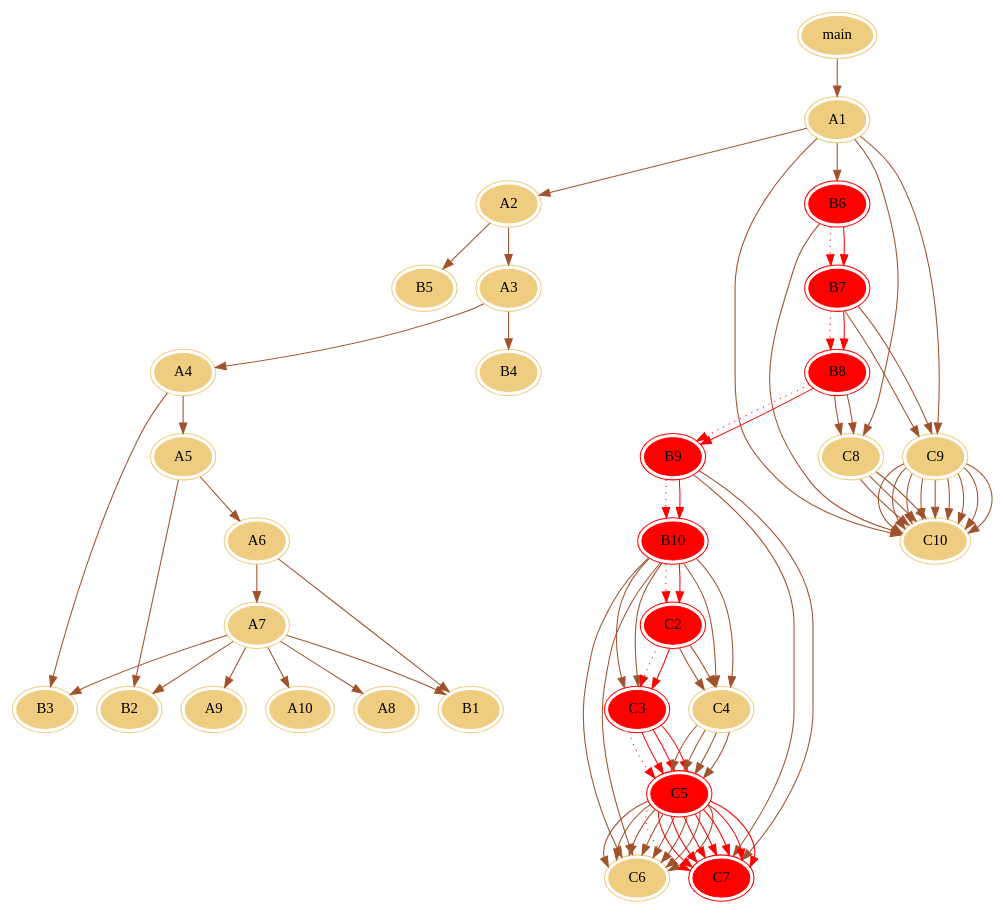
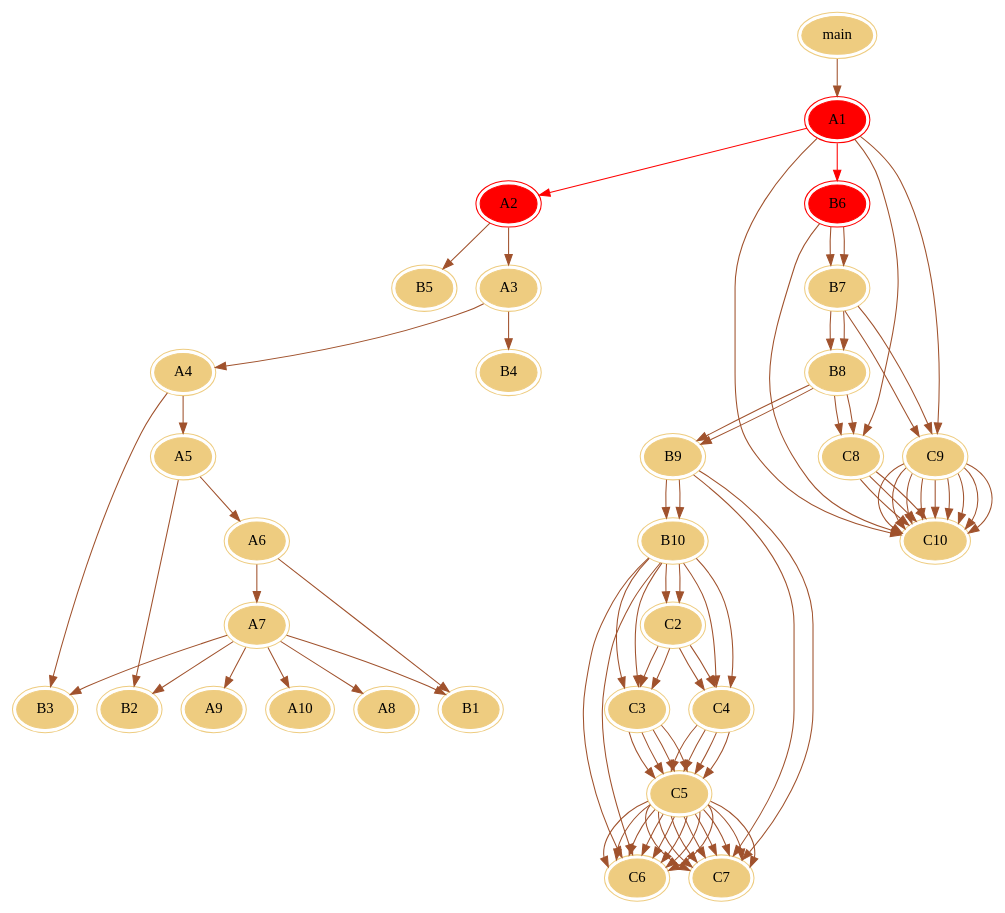
The diagram in out/dot/match.dot (carsonshan/AspectJIdea), drawn with Graphviz before and after one commit. The commit also changed 1 other file, not shown here.

```diff
--- a/out/dot/match.dot
+++ b/out/dot/match.dot
@@ -1,139 +1,95 @@
 digraph G {
     /*初始化节点和边的颜色*/
     node [peripheries=2 style=filled color="#eecc80"]
     edge [color="sienna" fontcolor="green"]
 main -> A1;
-A1 -> A2;
+A1 -> A2[color=red];
 A2 -> A3;
 A3 -> A4;
 A4 -> A5;
 A5 -> A6;
 A6 -> A7;
 A7 -> A8;
 A7 -> A9;
 A7 -> A10;
 A7 -> B1;
 A7 -> B2;
 A7 -> B3;
 A6 -> B1;
 A5 -> B2;
 A4 -> B3;
 A3 -> B4;
 A2 -> B5;
-A1 -> B6;
-B6 -> B7[color=red, style = dotted];
-B7 -> B8[color=red, style = dotted];
-B8 -> B9[color=red, style = dotted];
-B9 -> B10[color=red, style = dotted];
-B10 -> C2[color=red, style = dotted];
-C2 -> C3[color=red, style = dotted];
-C3 -> C5[color=red, style = dotted];
+A1 -> B6[color=red];
+B6 -> B7;
+B7 -> B8;
+B8 -> B9;
+B9 -> B10;
+B10 -> C2;
+C2 -> C3;
+C3 -> C5;
 C5 -> C6;
-C5 -> C7[color=red, style = dotted];
+C5 -> C7;
 C2 -> C4;
 C4 -> C5;
 C5 -> C6;
-C5 -> C7[color=red];
+C5 -> C7;
 B10 -> C3;
-C3 -> C5[color=red];
+C3 -> C5;
 C5 -> C6;
-C5 -> C7[color=red];
+C5 -> C7;
 B10 -> C4;
 C4 -> C5;
 C5 -> C6;
-C5 -> C7[color=red];
+C5 -> C7;
 B10 -> C6;
 B9 -> C7;
 B8 -> C8;
 C8 -> C10;
 B7 -> C9;
 C9 -> C10;
 C9 -> C10;
 C9 -> C10;
-B6 -> B7[color=red];
-B7 -> B8[color=red];
-B8 -> B9[color=red];
-B9 -> B10[color=red];
-B10 -> C2[color=red];
-C2 -> C3[color=red];
-C3 -> C5[color=red];
+B6 -> B7;
+B7 -> B8;
+B8 -> B9;
+B9 -> B10;
+B10 -> C2;
+C2 -> C3;
+C3 -> C5;
 C5 -> C6;
-C5 -> C7[color=red];
+C5 -> C7;
 C2 -> C4;
 C4 -> C5;
 C5 -> C6;
-C5 -> C7[color=red];
+C5 -> C7;
 B10 -> C3;
-C3 -> C5[color=red];
+C3 -> C5;
 C5 -> C6;
-C5 -> C7[color=red];
+C5 -> C7;
 B10 -> C4;
 C4 -> C5;
 C5 -> C6;
-C5 -> C7[color=red];
+C5 -> C7;
 B10 -> C6;
 B9 -> C7;
 B8 -> C8;
 C8 -> C10;
 B7 -> C9;
 C9 -> C10;
 C9 -> C10;
 C9 -> C10;
 B6 -> C10;
 A1 -> C10;
 A1 -> C9;
 C9 -> C10;
 C9 -> C10;
 C9 -> C10;
 A1 -> C8;
 C8 -> C10;
+A1[color=red];
+A2[color=red];
+A1[color=red];
 B6[color=red];
-B7[color=red];
-B7[color=red];
-B8[color=red];
-B8[color=red];
-B9[color=red];
-B9[color=red];
-B10[color=red];
-B10[color=red];
-C2[color=red];
-C2[color=red];
-C3[color=red];
-C3[color=red];
-C5[color=red];
-C5[color=red];
-C7[color=red];
-C5[color=red];
-C7[color=red];
-C3[color=red];
-C5[color=red];
-C5[color=red];
-C7[color=red];
-C5[color=red];
-C7[color=red];
-B6[color=red];
-B7[color=red];
-B7[color=red];
-B8[color=red];
-B8[color=red];
-B9[color=red];
-B9[color=red];
-B10[color=red];
-B10[color=red];
-C2[color=red];
-C2[color=red];
-C3[color=red];
-C3[color=red];
-C5[color=red];
-C5[color=red];
-C7[color=red];
-C5[color=red];
-C7[color=red];
-C3[color=red];
-C5[color=red];
-C5[color=red];
-C7[color=red];
-C5[color=red];
-C7[color=red];
 
 }
```
